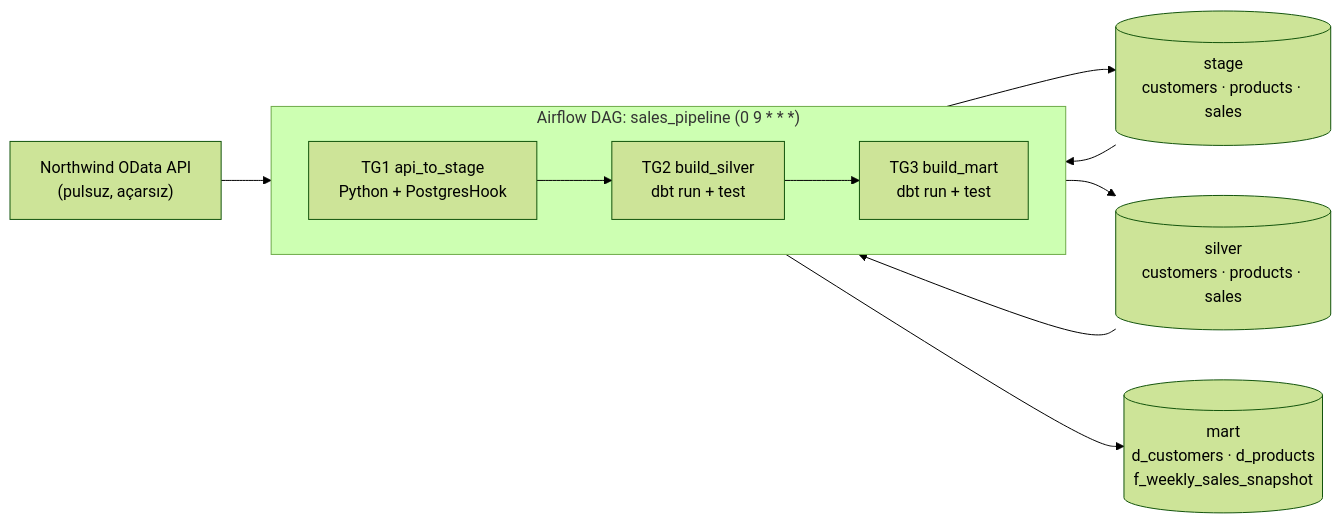
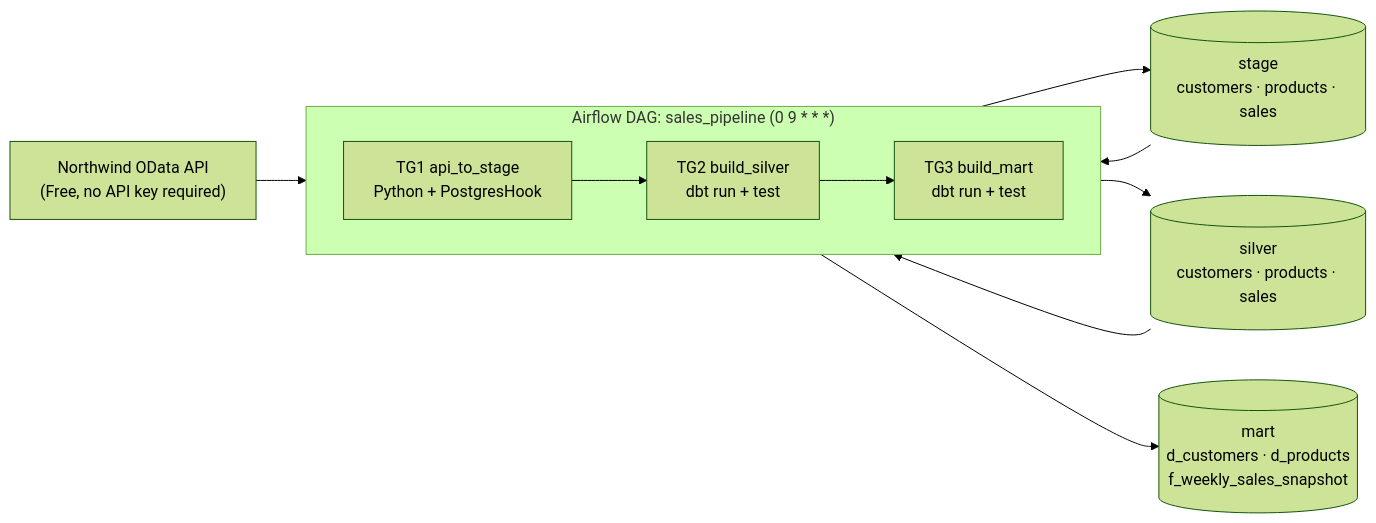
Before and after one commit to anarcodes/sales-pipeline-dbt-airflow: the diagram in README.md, drawn with Mermaid (forest theme). The commit also changed other lines of this file and 2 other files, not shown here.

````diff
--- a/README.md
+++ b/README.md
@@ -5,12 +5,12 @@
 ```mermaid
 flowchart LR
-    API["Northwind OData API<br/>(pulsuz, açarsız)"]
+    API["Northwind OData API<br/>(Free, no API key required)"]
     subgraph AF["Airflow DAG: sales_pipeline  (0 9 * * *)"]
         direction LR
         TG1["TG1 api_to_stage<br/>Python + PostgresHook"] --> TG2["TG2 build_silver<br/>dbt run + test"] --> TG3["TG3 build_mart<br/>dbt run + test"]
     end
     API --> TG1
     TG1 --> S[("stage<br/>customers · products · sales")]
     S --> TG2 --> SV[("silver<br/>customers · products · sales")]
     SV --> TG3 --> M[("mart<br/>d_customers · d_products<br/>f_weekly_sales_snapshot")]
 ```
````
